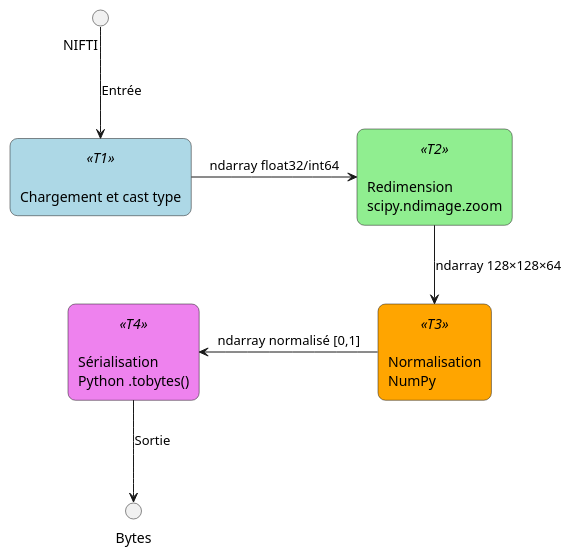
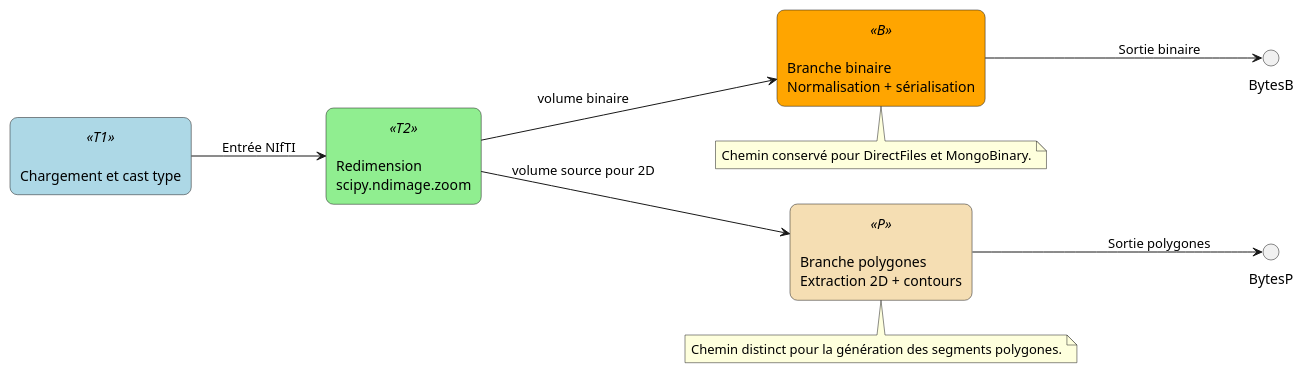
Before and after one commit to ChelabiMaroua/TopBrain_Project: the diagram in Diagramme/DataFluxTransformation.puml, drawn with PlantUML. The commit also changed 22 other files, not shown here.

```diff
--- a/Diagramme/DataFluxTransformation.puml
+++ b/Diagramme/DataFluxTransformation.puml
@@ -1,25 +1,35 @@
 @startuml
+left to right direction
+
 skinparam rectangle {
   RoundCorner 15
   BackgroundColor<<T1>> LightBlue
   BackgroundColor<<T2>> LightGreen
-  BackgroundColor<<T3>> Orange
-  BackgroundColor<<T4>> Violet
+  BackgroundColor<<B>> Orange
+  BackgroundColor<<P>> Wheat
 }
 
 rectangle "\nChargement et cast type" <<T1>> as T1
 rectangle "\nRedimension\nscipy.ndimage.zoom" <<T2>> as T2
-rectangle "\nNormalisation\nNumPy" <<T3>> as T3
-rectangle "\nSérialisation\nPython .tobytes()" <<T4>> as T4
+rectangle "\nBranche binaire\nNormalisation + sérialisation" <<B>> as TB
+rectangle "\nBranche polygones\nExtraction 2D + contours" <<P>> as TP
 
-' Flux principal
-T1 -right-> T2 : "ndarray float32/int64"
-T2 -down-> T3 : "ndarray 128×128×64"
-T3 -left-> T4 : "ndarray normalisé [0,1]"
+' Flux commun
+T1 --> T2 : Entrée NIfTI
 
-' Flèche entrante vers T1
-"NIFTI           "--> T1 : Entrée
+' Branche binaire séparée
+T2 --> TB : volume binaire
+TB --> BytesB : Sortie binaire
 
-' Flèche sortante de T4
-T4 --> Bytes : Sortie
+' Branche polygones séparée
+T2 --> TP : volume source pour 2D
+TP --> BytesP : Sortie polygones
+
+note bottom of TB
+Chemin conservé pour DirectFiles et MongoBinary.
+end note
+
+note bottom of TP
+Chemin distinct pour la génération des segments polygones.
+end note
 @enduml
```
